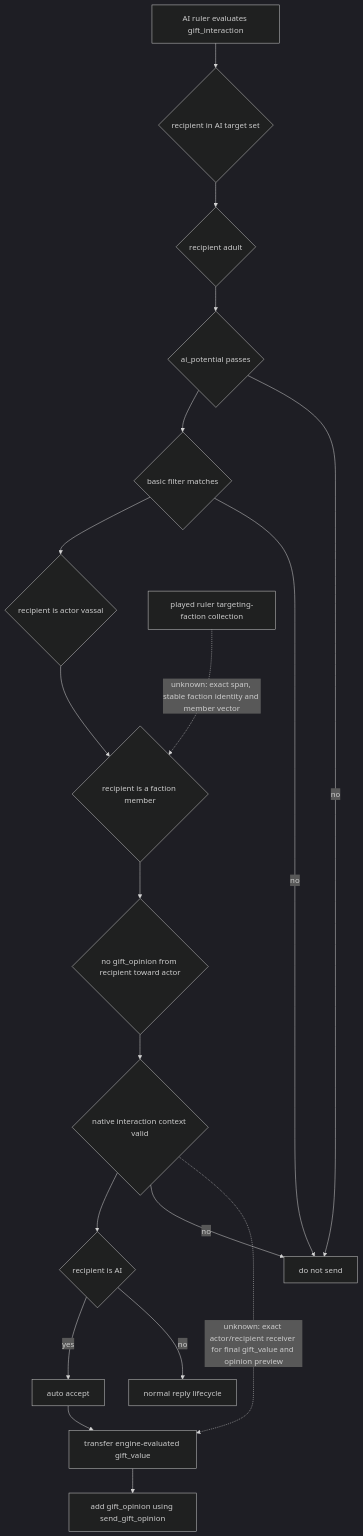
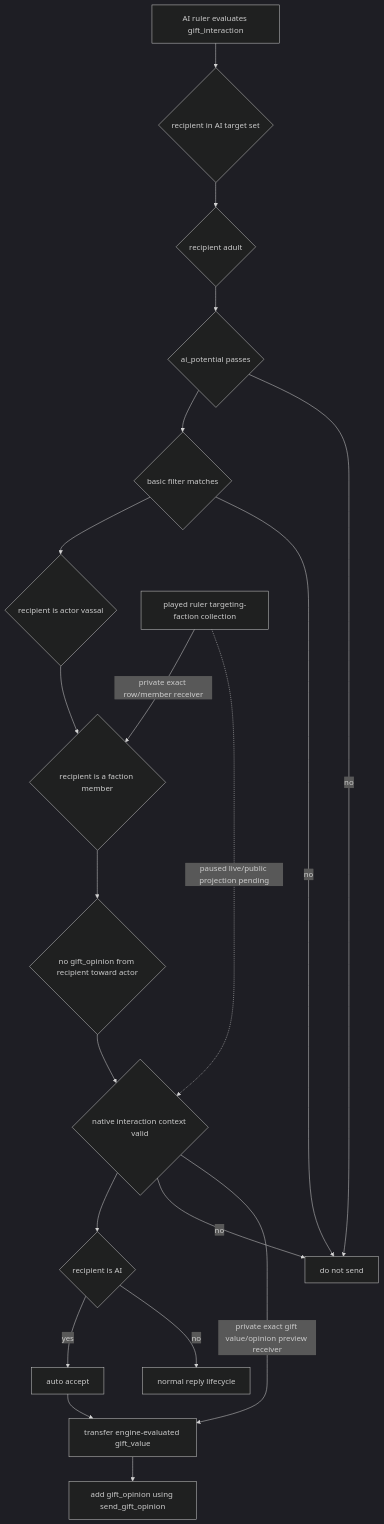
Before and after one commit to XenoAmess/ck3_eternal_recurrence: the first of 4 diagrams in docs/ck3-native-ai/factions-and-rebellions.md, drawn with Mermaid (dark theme). The commit also changed other lines of this file and 10 other files, not shown here.

Commit message:
G2-M4-FACTION16 close exact faction gift receivers

````diff
--- a/docs/ck3-native-ai/factions-and-rebellions.md
+++ b/docs/ck3-native-ai/factions-and-rebellions.md
@@ -56,24 +56,25 @@
 ```mermaid
 flowchart TD
     P[AI ruler evaluates gift_interaction] --> T{recipient in AI target set}
     T --> A{recipient adult}
     A --> AP{ai_potential passes}
     AP --> BF{basic filter matches}
     BF --> FV{recipient is actor vassal}
     FV --> FM{recipient is a faction member}
     FM --> GM{no gift_opinion from recipient toward actor}
     GM --> V{native interaction context valid}
     V --> AI{recipient is AI}
     AI -->|yes| AA[auto accept]
     AA --> PAY[transfer engine-evaluated gift_value]
     PAY --> OP[add gift_opinion using send_gift_opinion]
 
     AP -->|no| STOP[do not send]
     BF -->|no| STOP
     V -->|no| STOP
     AI -->|no| REPLY[normal reply lifecycle]
 
     F[played ruler targeting-faction collection]
-    F -. "unknown: exact span, stable faction identity and member vector" .-> FM
-    V -. "unknown: exact actor/recipient receiver for final gift_value and opinion preview" .-> PAY
+    F -->|private exact row/member receiver| FM
+    V -->|private exact gift value/opinion preview receiver| PAY
+    F -. "paused live/public projection pending" .-> V
 ```
````
